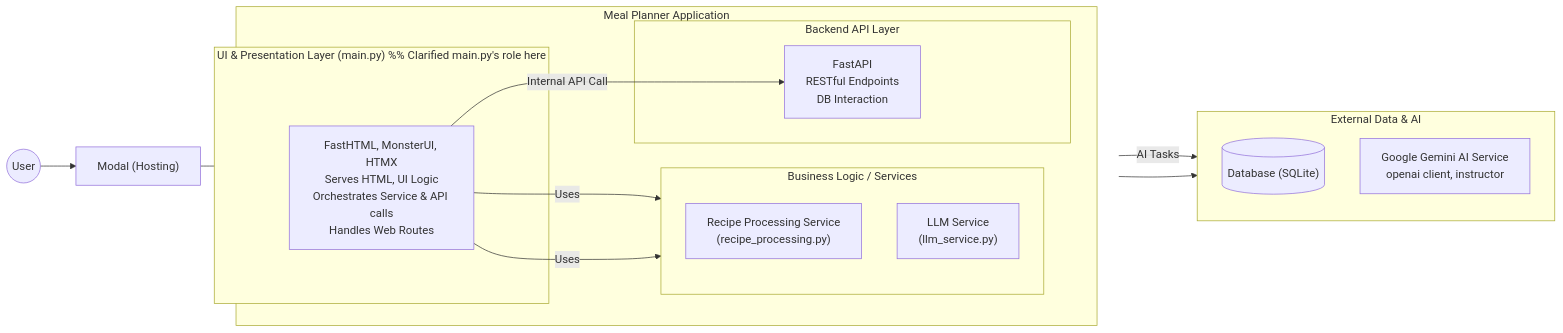
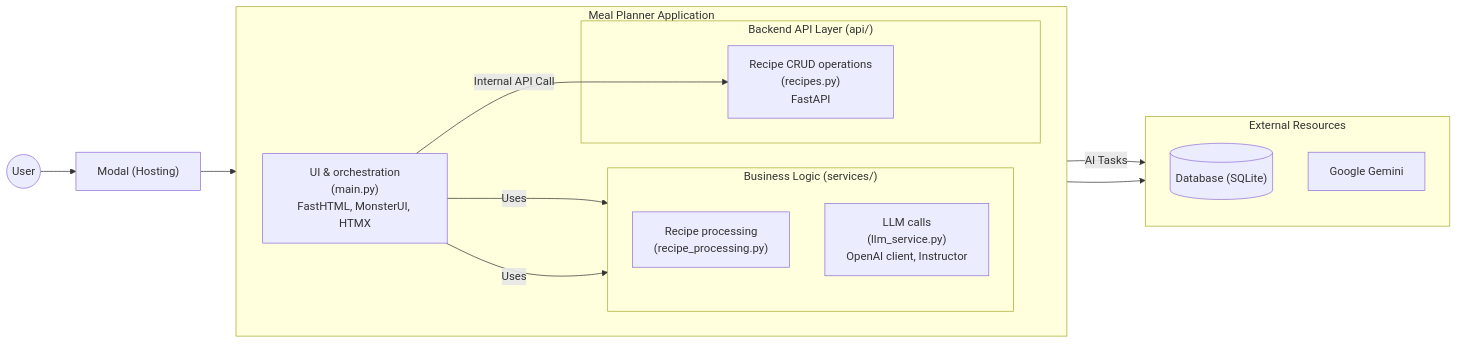
Before and after one commit to gsganden/meal_planner: the diagram in README.md, drawn with Mermaid.

Commit message:
Refine diagram

````diff
--- a/README.md
+++ b/README.md
@@ -12,39 +12,37 @@
 ```mermaid
 graph LR
     User(("User"))
 
     Modal["Modal (Hosting)"]
 
     subgraph "Meal Planner Application"
         direction LR
-        subgraph "UI & Presentation Layer (main.py)" %% Clarified main.py's role here
-            UI_Layer["FastHTML, MonsterUI, HTMX<br/>Serves HTML, UI Logic<br/>Orchestrates Service & API calls<br/>Handles Web Routes"]
+        UI_Layer["UI & orchestration<br/>(main.py)<br/>FastHTML, MonsterUI, HTMX"]
+
+        subgraph "Business Logic (services/)"
+            direction TB
+            Recipe_Processing_Service["Recipe processing<br/>(recipe_processing.py)"]
+            LLM_Service["LLM calls<br/>(llm_service.py)<br/> OpenAI client, Instructor"]
         end
 
-        subgraph "Business Logic / Services"
-            direction TB
-            Recipe_Processing_Service["Recipe Processing Service<br/>(recipe_processing.py)"]
-            LLM_Service["LLM Service<br/>(llm_service.py)"]
-        end
-
-        subgraph "Backend API Layer"
-            API_Layer["FastAPI<br/>RESTful Endpoints<br/>DB Interaction"]
+        subgraph "Backend API Layer (api/)"
+            API_Layer["Recipe CRUD operations<br/>(recipes.py)<br/>FastAPI"]
         end
 
         UI_Layer -- "Uses" --> Recipe_Processing_Service
         UI_Layer -- "Uses" --> LLM_Service
         UI_Layer -- "Internal API Call" --> API_Layer
     end
 
-    subgraph "External Data & AI"
+    subgraph "External Resources"
         direction TB
         Database[("Database (SQLite)")]
-        Gemini_AI["Google Gemini AI Service<br/>openai client, instructor"]
+        Gemini_AI["Google Gemini"]
     end
 
     User --> Modal
     Modal --> UI_Layer
 
     LLM_Service -- "AI Tasks" --> Gemini_AI
     API_Layer --> Database
 ```
````
